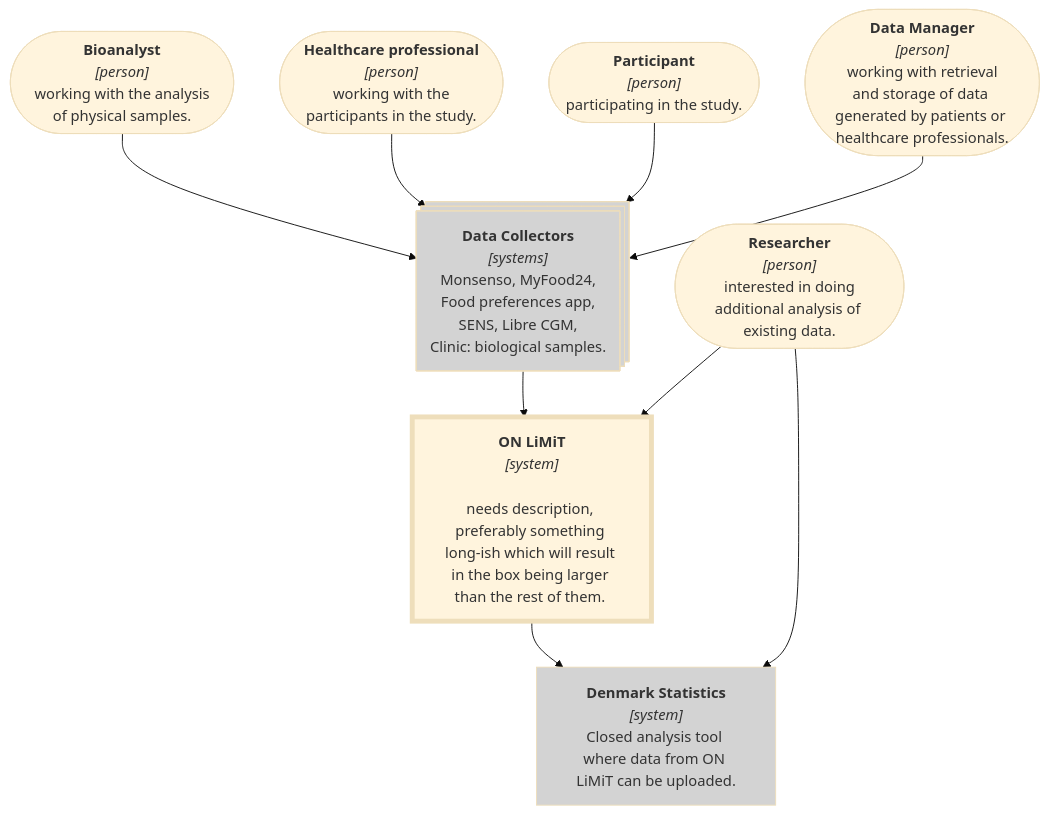
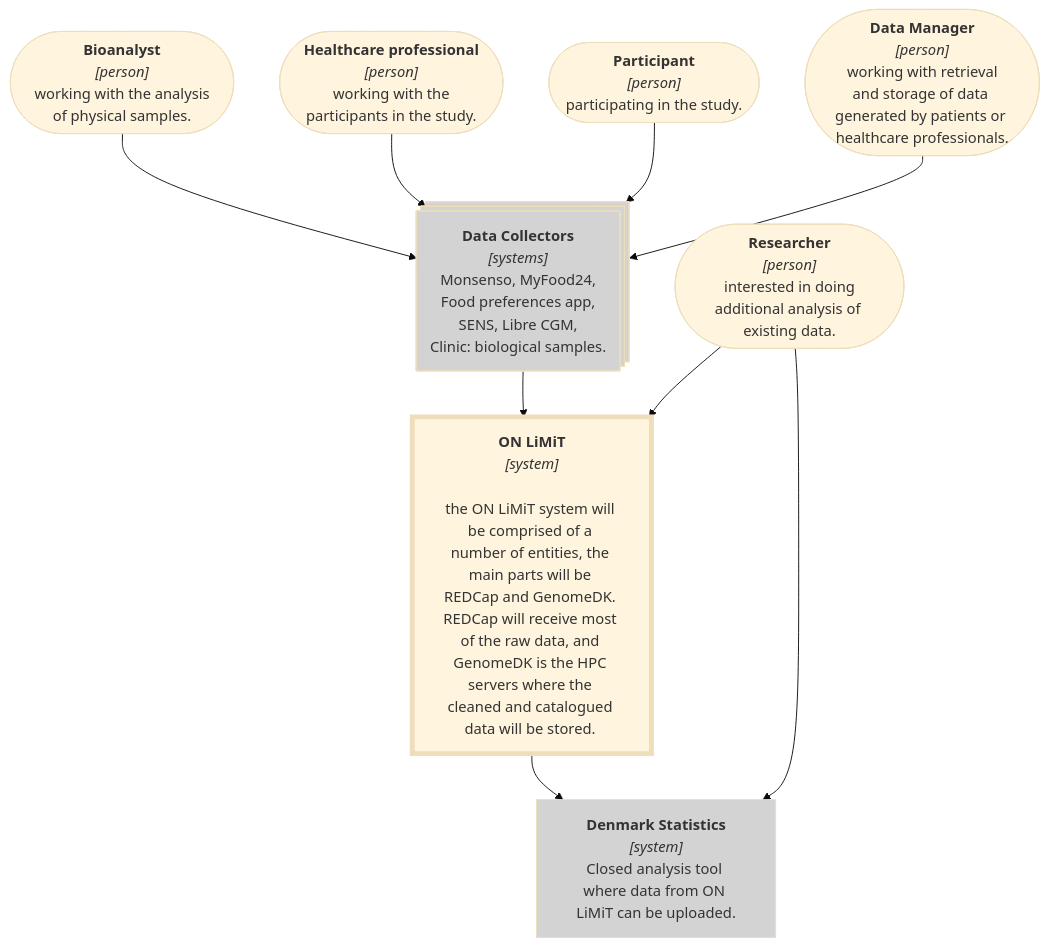
One commit to onlimit-study/dmp changed the first of 2 diagrams in documents/C4-level.md. Above: the diagram before and after it, drawn with Mermaid (base theme). The commit also changed other lines of this file, not shown here.

````diff
--- a/documents/C4-level.md
+++ b/documents/C4-level.md
@@ -10,27 +13,26 @@
 ```{mermaid}
 %%| label: fig-c4-context
-%%| fig-width: 6.3
 %%| fig-cap: "C4 Context diagram showing a very basic overview of ON LiMiT, its anticipated users, and data providers."
 flowchart TD
 Bioanalyst@{shape: stadium, label: "<b>Bioanalyst</b><br><i>[person]</i><br> working with the analysis of physical samples."}
 Healthprof@{shape: stadium, label: "<b>Healthcare professional</b><br><i>[person]</i><br> working with the participants in the study."}
 Participant@{shape: stadium, label: "<b>Participant</b><br><i>[person]</i><br> participating in the study."}
 Datamanager@{shape: stadium, label: "<b>Data Manager</b><br><i>[person]</i><br> working with retrieval and storage of data generated by patients or healthcare professionals."}
 Researcher@{shape: stadium, label: "<b>Researcher</b><br><i>[person]</i><br> interested in doing additional analysis of existing data."}
 
-onlimit@{shape: proc, label: "<b>ON LiMiT</b><br><i>[system]</i><br><br>needs description, preferably something long-ish which will result in the box being larger than the rest of them. "}
+onlimit@{shape: proc, label: "<b>ON LiMiT</b><br><i>[system]</i><br><br>the ON LiMiT system will be comprised of a number of entities, the main parts will be REDCap and GenomeDK. REDCap will receive most of the raw data, and GenomeDK is the HPC servers where the cleaned and catalogued data will be stored. "}
 DS@{shape: proc, label: "<b>Denmark Statistics</b><br><i>[system]</i><br>Closed analysis tool where data from ON LiMiT can be uploaded."}
 DP@{ shape: procs, label: "<b>Data Collectors</b><br><i>[systems]</i><br>Monsenso, MyFood24,<br>Food preferences app,<br>SENS, Libre CGM,<br>Clinic: biological samples."}
 
 Bioanalyst --> DP:::external
 Healthprof --> DP
 Participant --> DP
 Datamanager --> DP
 DP --> onlimit:::system
 Researcher --> onlimit
 onlimit --> DS:::external
 Researcher --> DS
 
 classDef system stroke-width:4pt
 classDef external fill:lightgrey
 ```
````
